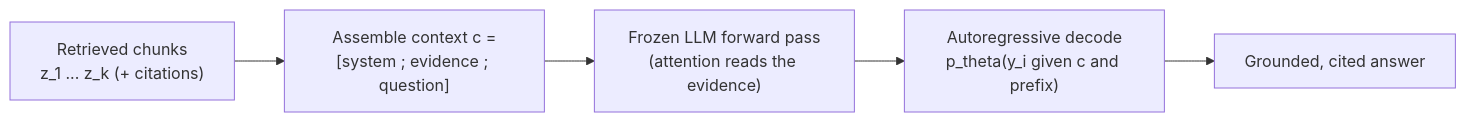
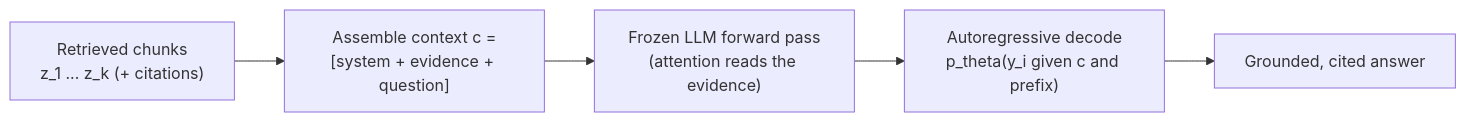
Before and after one commit to truongbnguyen88/ai-stock-analysis: the sixth of 9 diagrams in docs/rag_concepts.md, drawn with Mermaid. The commit also changed other lines of this file, not shown here.

First line of the commit message:
fix(docs): mermaid parse error — remove ';' from diagram labels

````diff
--- a/docs/rag_concepts.md
+++ b/docs/rag_concepts.md
@@ -347,7 +347,7 @@
 ```mermaid
 flowchart LR
-  R["Retrieved chunks<br/>z_1 ... z_k (+ citations)"] --> A["Assemble context c =<br/>[system ; evidence ; question]"]
+  R["Retrieved chunks<br/>z_1 ... z_k (+ citations)"] --> A["Assemble context c =<br/>[system + evidence + question]"]
   A --> T["Frozen LLM forward pass<br/>(attention reads the evidence)"]
   T --> D["Autoregressive decode<br/>p_theta(y_i given c and prefix)"]
   D --> O["Grounded, cited answer"]
 ```
````
